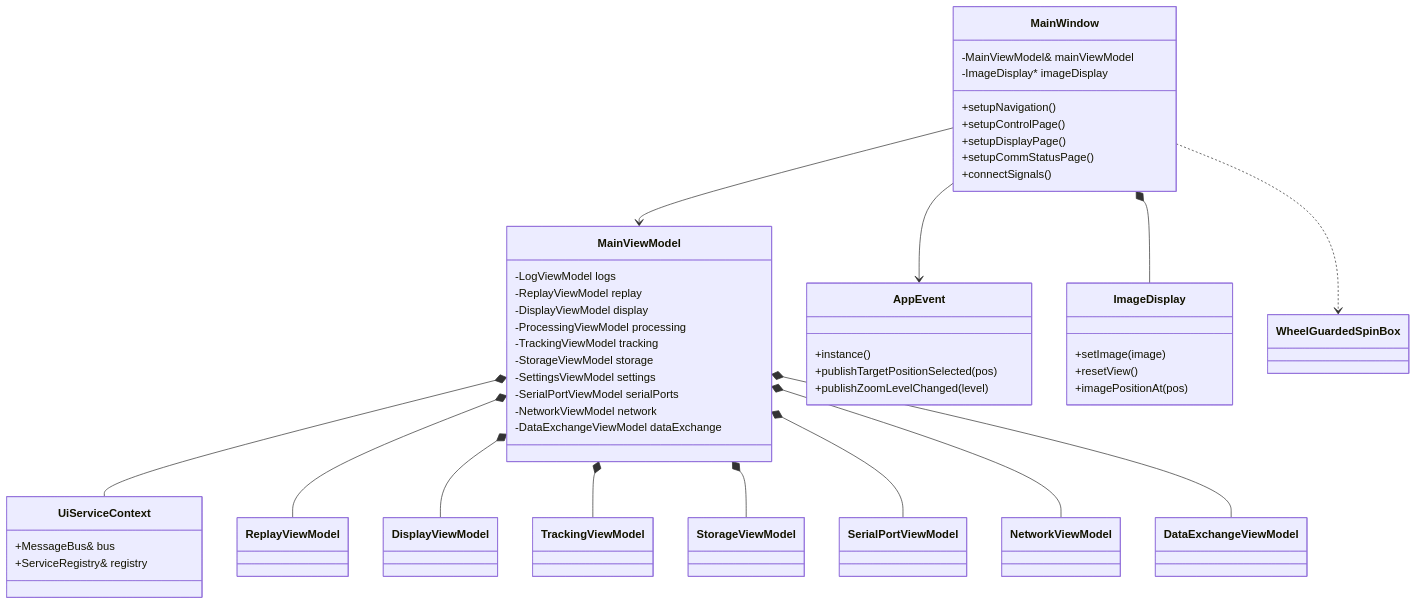
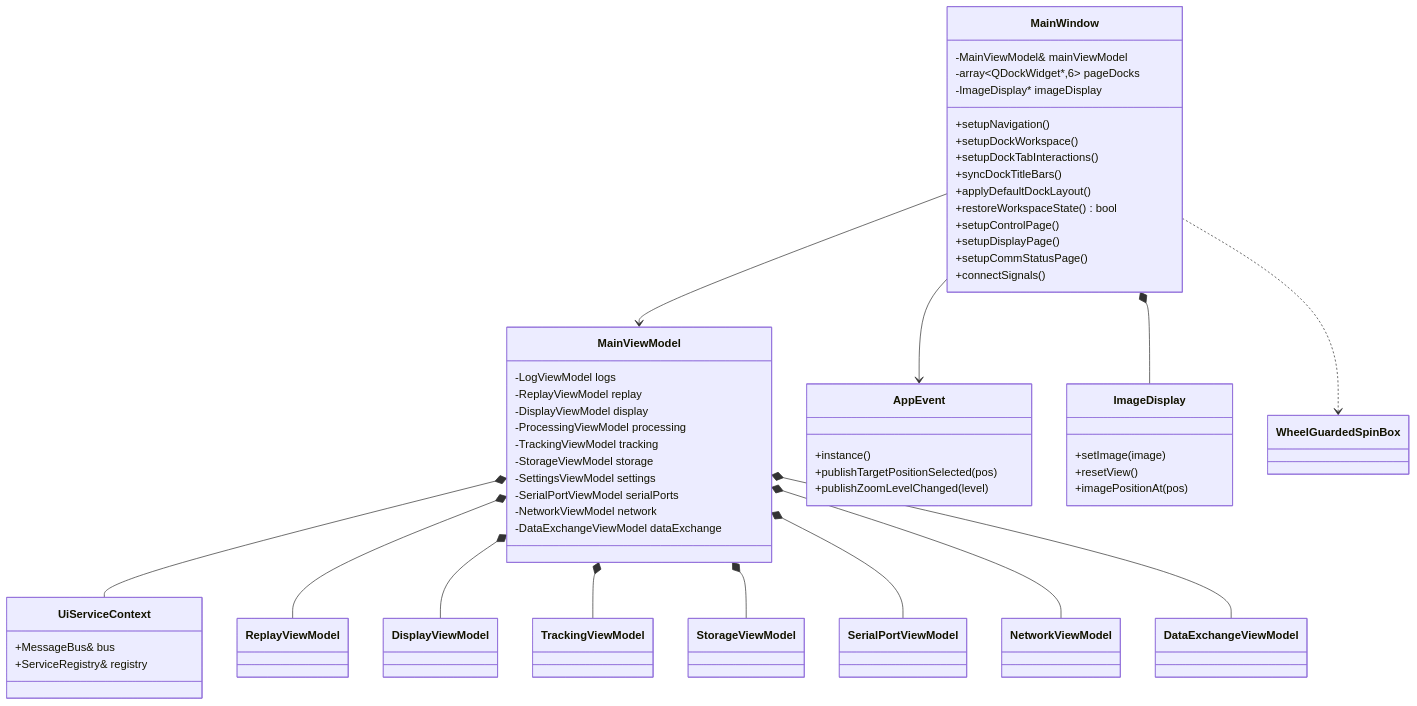
Before and after one commit to with-fair-wind/1mZGG: the second of 10 diagrams in docs/module-ui.md, drawn with Mermaid. The commit also changed other lines of this file and 5 other files, not shown here.

First line of the commit message:
refactor(ui): unify function pages into native QDockWidget workspace

````diff
--- a/docs/module-ui.md
+++ b/docs/module-ui.md
@@ -177,52 +181,58 @@
 ```mermaid
 classDiagram
     class MainWindow {
         -MainViewModel& mainViewModel
+        -array~QDockWidget*,6~ pageDocks
         -ImageDisplay* imageDisplay
         +setupNavigation()
+        +setupDockWorkspace()
+        +setupDockTabInteractions()
+        +syncDockTitleBars()
+        +applyDefaultDockLayout()
+        +restoreWorkspaceState() bool
         +setupControlPage()
         +setupDisplayPage()
         +setupCommStatusPage()
         +connectSignals()
     }
     class MainViewModel {
         -LogViewModel logs
         -ReplayViewModel replay
         -DisplayViewModel display
         -ProcessingViewModel processing
         -TrackingViewModel tracking
         -StorageViewModel storage
         -SettingsViewModel settings
         -SerialPortViewModel serialPorts
         -NetworkViewModel network
         -DataExchangeViewModel dataExchange
     }
     class UiServiceContext {
         +MessageBus& bus
         +ServiceRegistry& registry
     }
     class AppEvent {
         +instance()
         +publishTargetPositionSelected(pos)
         +publishZoomLevelChanged(level)
     }
     class ImageDisplay {
         +setImage(image)
         +resetView()
         +imagePositionAt(pos)
     }
     class WheelGuardedSpinBox
 
     MainWindow --> MainViewModel
     MainViewModel *-- UiServiceContext
     MainViewModel *-- ReplayViewModel
     MainViewModel *-- DisplayViewModel
     MainViewModel *-- TrackingViewModel
     MainViewModel *-- StorageViewModel
     MainViewModel *-- SerialPortViewModel
     MainViewModel *-- NetworkViewModel
     MainViewModel *-- DataExchangeViewModel
     MainWindow *-- ImageDisplay
     MainWindow --> AppEvent
     MainWindow ..> WheelGuardedSpinBox
 ```
````
